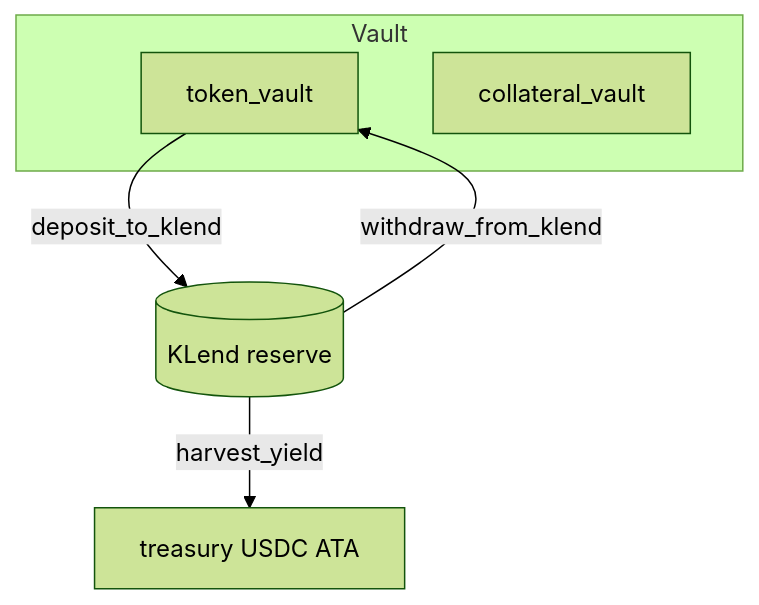
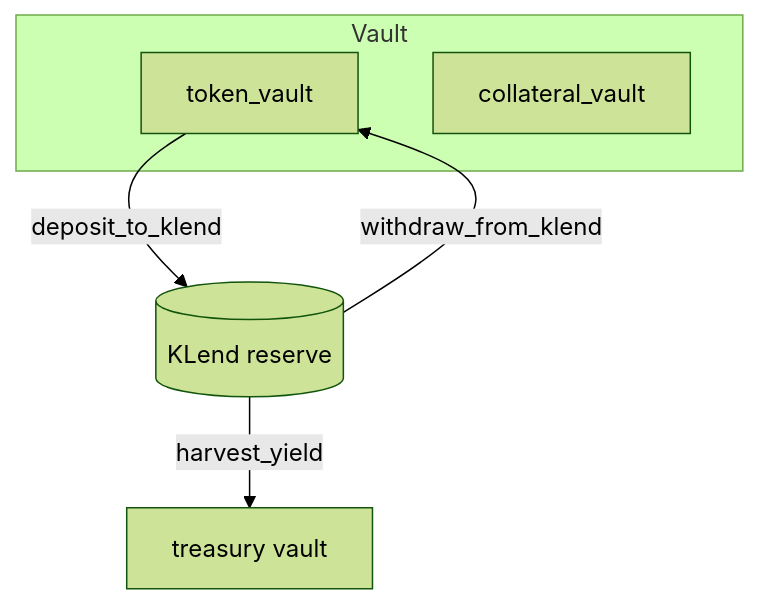
Before and after one commit to eregion-labs/wrap-stablecoin: the fifth of 5 diagrams in wiki/Architecture.md, drawn with Mermaid (forest theme). The commit also changed other lines of this file and 43 other files, not shown here.

First line of the commit message:
Vault-only wrap/unwrap; Kamino reserved for admin treasury ops

````diff
--- a/wiki/Architecture.md
+++ b/wiki/Architecture.md
@@ -145,13 +145,13 @@
 ```mermaid
 flowchart TB
     subgraph Vault
       TV[token_vault]
       CV[collateral_vault]
     end
     KLend[(KLend reserve)]
-    Treasury[treasury USDC ATA]
+    Treasury[treasury vault]
 
     TV -- deposit_to_klend --> KLend
     KLend -- withdraw_from_klend --> TV
     KLend -- harvest_yield --> Treasury
 ```
````
